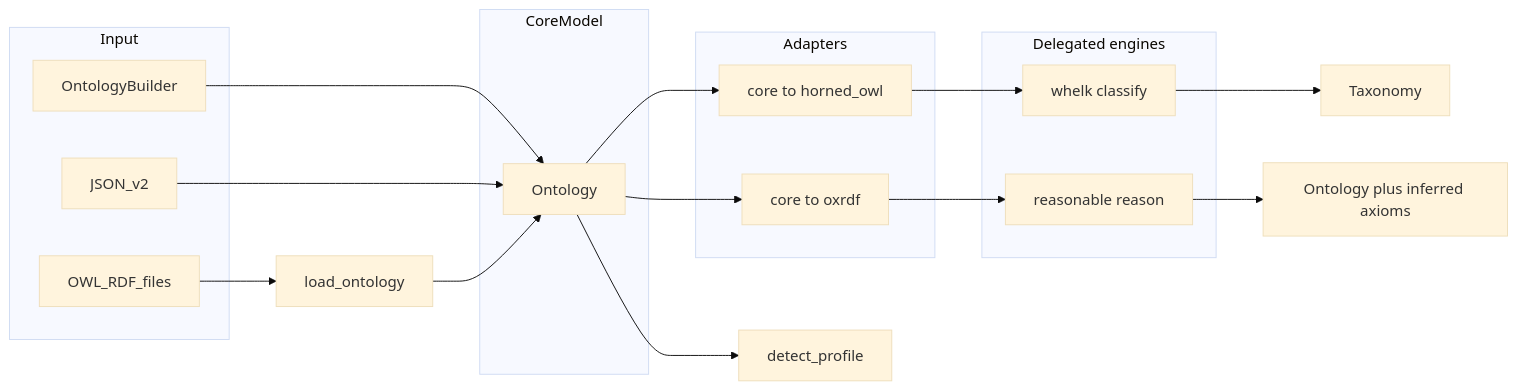
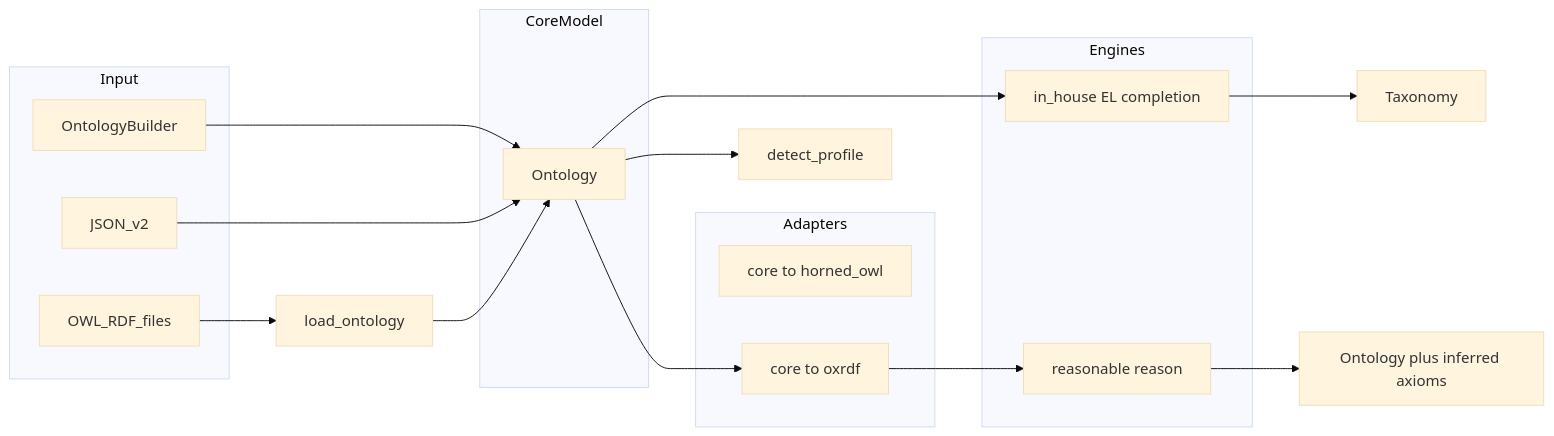
Before and after one commit to eddiethedean/ontologos: the second of 2 diagrams in docs/architecture.md, drawn with Mermaid (base theme). The commit also changed other lines of this file and 20 other files, not shown here.

````diff
--- a/docs/architecture.md
+++ b/docs/architecture.md
@@ -62,31 +63,31 @@
 ```mermaid
 flowchart LR
   subgraph input [Input]
     builder[OntologyBuilder]
     json[JSON_v2]
     owl[OWL_RDF_files]
   end
 
   subgraph model [CoreModel]
     ontology[Ontology]
   end
 
   subgraph adapters [Adapters]
     bridgeHorned[core to horned_owl]
     bridgeTriples[core to oxrdf]
   end
 
-  subgraph engines [Delegated engines]
-    whelkEng[whelk classify]
+  subgraph engines [Engines]
+    elEng[in_house EL completion]
     reasonableEng[reasonable reason]
   end
 
   builder --> ontology
   json --> ontology
   owl --> parser[load_ontology] --> ontology
   ontology --> profileDet[detect_profile]
-  ontology --> bridgeHorned --> whelkEng
-  whelkEng --> taxonomy[Taxonomy]
+  ontology --> elEng
+  elEng --> taxonomy[Taxonomy]
   ontology --> bridgeTriples --> reasonableEng
   reasonableEng --> saturated[Ontology plus inferred axioms]
 ```
````
